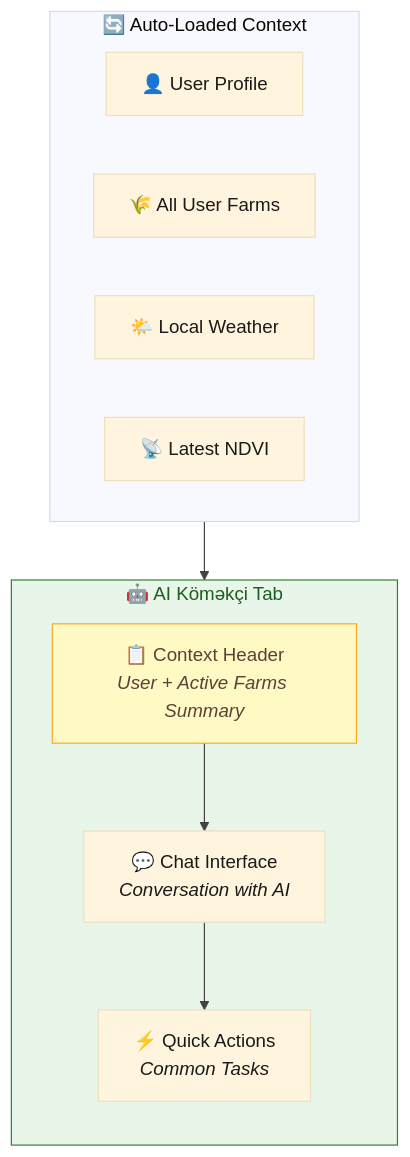
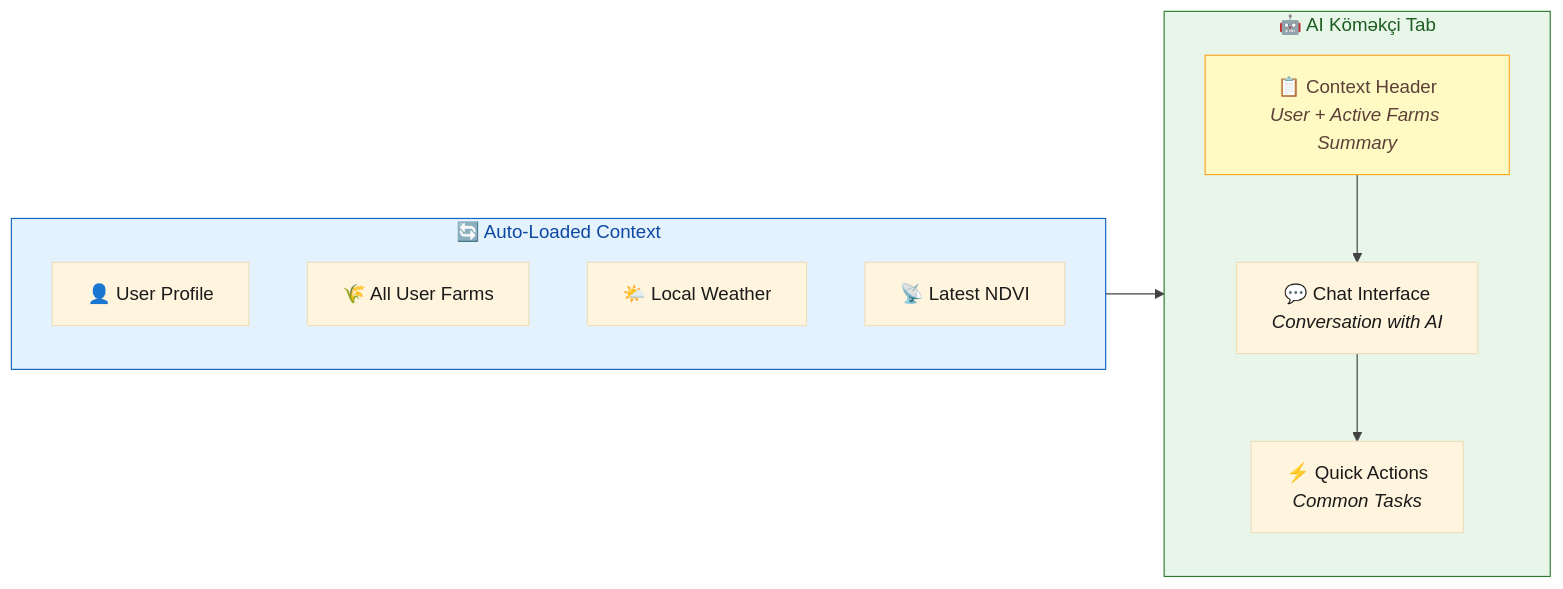
Before and after one commit to Px8Studio/yonja: the second of 3 diagrams in docs/zekalab/01-MANIFESTO.md, drawn with Mermaid.

Commit message:
Refactor AI Assistant flowchart for improved clarity and structure, updating context loading and styling.

````diff
--- a/docs/zekalab/01-MANIFESTO.md
+++ b/docs/zekalab/01-MANIFESTO.md
@@ -111,24 +111,26 @@
 ```mermaid
 %%{init: {'theme': 'base', 'themeVariables': { 'primaryTextColor': '#1a1a1a', 'lineColor': '#424242'}}}%%
-flowchart TB
+flowchart LR
+    subgraph data["🔄 Auto-Loaded Context"]
+        direction TB
+        user["👤 User Profile"]
+        farms2["🌾 All User Farms"]
+        weather["🌤️ Local Weather"]
+        ndvi["📡 Latest NDVI"]
+    end
+    
     subgraph tab["🤖 AI Köməkçi Tab"]
         direction TB
         context["📋 Context Header<br/><i>User + Active Farms Summary</i>"]
         chat["💬 Chat Interface<br/><i>Conversation with AI</i>"]
         quick["⚡ Quick Actions<br/><i>Common Tasks</i>"]
         
         context --> chat --> quick
     end
     
-    subgraph data["🔄 Auto-Loaded Context"]
-        user["👤 User Profile"]
-        farms2["🌾 All User Farms"]
-        weather["🌤️ Local Weather"]
-        ndvi["📡 Latest NDVI"]
-    end
-    
-    data --> context
+    data --> tab
     
     style tab fill:#e8f5e9,stroke:#2e7d32,color:#1b5e20
     style context fill:#fff9c4,stroke:#f9a825,color:#5d4037
+    style data fill:#e3f2fd,stroke:#1565c0,color:#0d47a1
 ```
````
